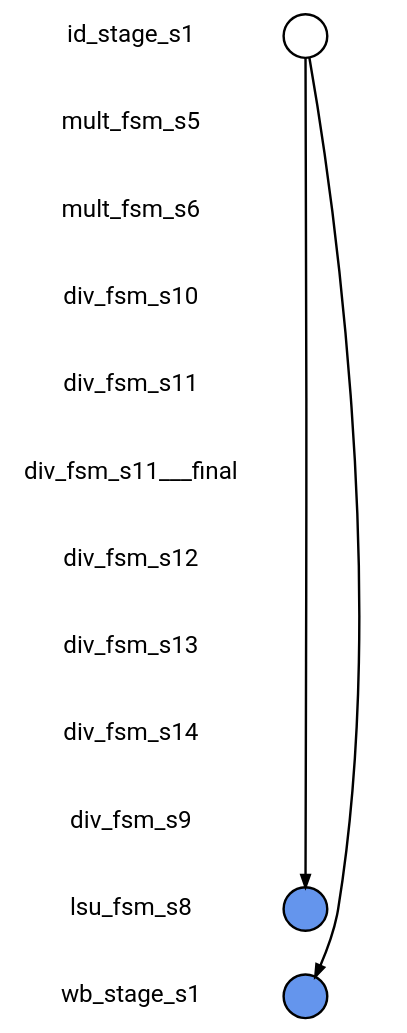
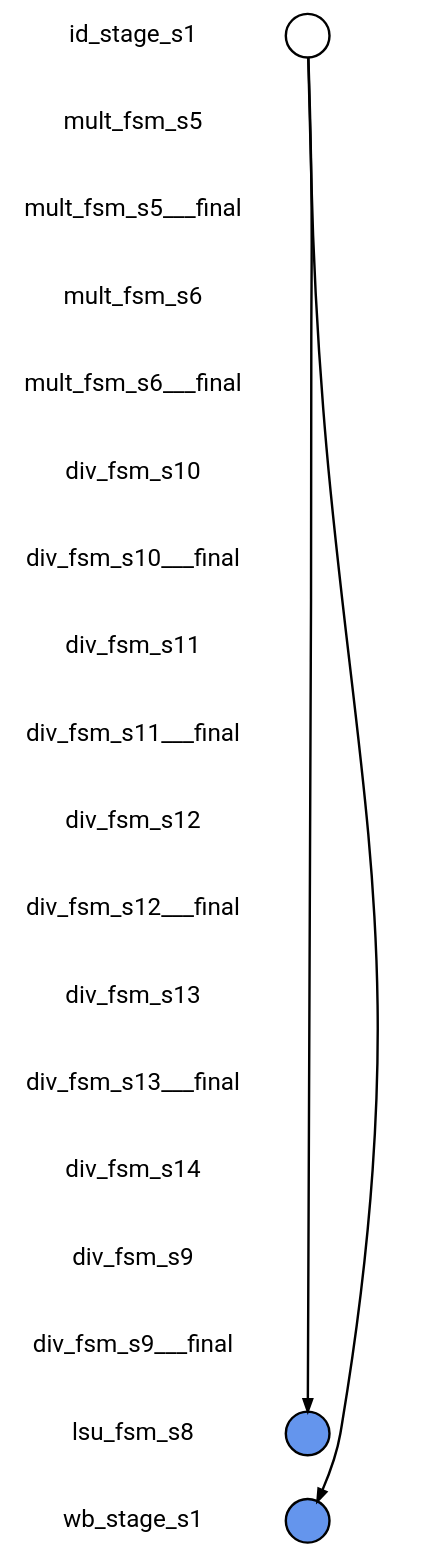
The diagram in fv/synthlc/i_MUL_out/xSummarize/nonisograph/com_1_0.dot (naomipark3/SynthLC), drawn with Graphviz before and after one commit. The commit also changed 12067 other files, not shown here.

```diff
--- a/fv/synthlc/i_MUL_out/xSummarize/nonisograph/com_1_0.dot
+++ b/fv/synthlc/i_MUL_out/xSummarize/nonisograph/com_1_0.dot
@@ -1,46 +1,58 @@
 
 digraph G {
     edge [penwidth=2];
     node [ shape=box, fontsize=20, penwidth=2, fontname="roboto"];
     esep=0.5;
     layout=neato;
     overlap=scale;
     splines=true;
 
 l_id_stage_s1 [label="id_stage_s1"; pos="0,-0!"; shape=none];
 
 l_mult_fsm_s5 [label="mult_fsm_s5"; pos="0,-1!"; shape=none];
 
-l_mult_fsm_s6 [label="mult_fsm_s6"; pos="0,-2!"; shape=none];
+l_mult_fsm_s5___final [label="mult_fsm_s5___final"; pos="0,-2!"; shape=none];
 
-l_div_fsm_s10 [label="div_fsm_s10"; pos="0,-3!"; shape=none];
+l_mult_fsm_s6 [label="mult_fsm_s6"; pos="0,-3!"; shape=none];
 
-l_div_fsm_s11 [label="div_fsm_s11"; pos="0,-4!"; shape=none];
+l_mult_fsm_s6___final [label="mult_fsm_s6___final"; pos="0,-4!"; shape=none];
 
-l_div_fsm_s11___final [label="div_fsm_s11___final"; pos="0,-5!"; shape=none];
+l_div_fsm_s10 [label="div_fsm_s10"; pos="0,-5!"; shape=none];
 
-l_div_fsm_s12 [label="div_fsm_s12"; pos="0,-6!"; shape=none];
+l_div_fsm_s10___final [label="div_fsm_s10___final"; pos="0,-6!"; shape=none];
 
-l_div_fsm_s13 [label="div_fsm_s13"; pos="0,-7!"; shape=none];
+l_div_fsm_s11 [label="div_fsm_s11"; pos="0,-7!"; shape=none];
 
-l_div_fsm_s14 [label="div_fsm_s14"; pos="0,-8!"; shape=none];
+l_div_fsm_s11___final [label="div_fsm_s11___final"; pos="0,-8!"; shape=none];
 
-l_div_fsm_s9 [label="div_fsm_s9"; pos="0,-9!"; shape=none];
+l_div_fsm_s12 [label="div_fsm_s12"; pos="0,-9!"; shape=none];
 
-l_lsu_fsm_s8 [label="lsu_fsm_s8"; pos="0,-10!"; shape=none];
+l_div_fsm_s12___final [label="div_fsm_s12___final"; pos="0,-10!"; shape=none];
 
-l_wb_stage_s1 [label="wb_stage_s1"; pos="0,-11!"; shape=none];
+l_div_fsm_s13 [label="div_fsm_s13"; pos="0,-11!"; shape=none];
+
+l_div_fsm_s13___final [label="div_fsm_s13___final"; pos="0,-12!"; shape=none];
+
+l_div_fsm_s14 [label="div_fsm_s14"; pos="0,-13!"; shape=none];
+
+l_div_fsm_s9 [label="div_fsm_s9"; pos="0,-14!"; shape=none];
+
+l_div_fsm_s9___final [label="div_fsm_s9___final"; pos="0,-15!"; shape=none];
+
+l_lsu_fsm_s8 [label="lsu_fsm_s8"; pos="0,-16!"; shape=none];
+
+l_wb_stage_s1 [label="wb_stage_s1"; pos="0,-17!"; shape=none];
 
 n_id_stage_s1 [label=""; pos="2,-0!"; shape=circle ]; 
 
 
-n_lsu_fsm_s8 [style=filled, color=black, fillcolor="#6495ED", label=""; pos="2,-10!"; shape=circle ]; 
+n_lsu_fsm_s8 [style=filled, color=black, fillcolor="#6495ED", label=""; pos="2,-16!"; shape=circle ]; 
 
 
-n_wb_stage_s1 [style=filled, color=black, fillcolor="#6495ED", label=""; pos="2,-11!"; shape=circle ]; 
+n_wb_stage_s1 [style=filled, color=black, fillcolor="#6495ED", label=""; pos="2,-17!"; shape=circle ]; 
 
 
 n_id_stage_s1 -> n_lsu_fsm_s8 [color="black"];
 
 n_id_stage_s1 -> n_wb_stage_s1 [color="black"];
 }
```
